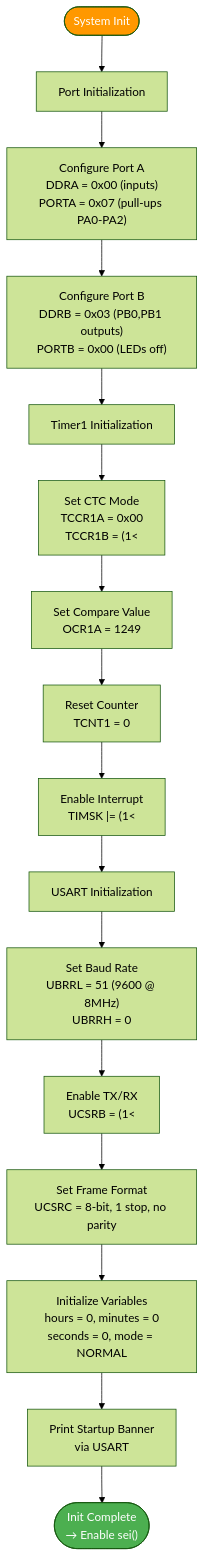
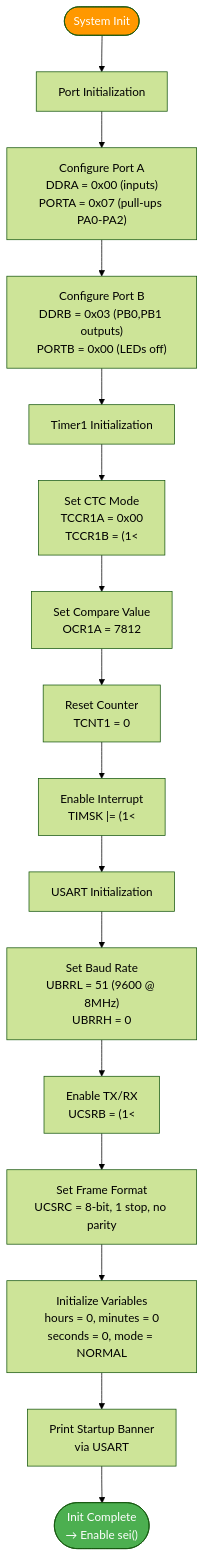
One commit to chikotaraufu-netizen/ATmega32_Timer_Digital_Clock_Scheduler- changed the second of 13 diagrams in documentation/flowchart.md. Above: the diagram before and after it, drawn with Mermaid (forest theme). The commit also changed 14 other files, not shown here.

Commit message:
Full project sync: firmware 1Hz/1024, README matches schematic, all docs consistent

````diff
--- a/documentation/flowchart.md
+++ b/documentation/flowchart.md
@@ -80,24 +80,24 @@
 ```mermaid
 flowchart TD
     START(["System Init"]) --> PORT_INIT["Port Initialization"]
 
     PORT_INIT --> PORTA_CFG["Configure Port A<br/>DDRA = 0x00 (inputs)<br/>PORTA = 0x07 (pull-ups PA0-PA2)"]
     PORTA_CFG --> PORTB_CFG["Configure Port B<br/>DDRB = 0x03 (PB0,PB1 outputs)<br/>PORTB = 0x00 (LEDs off)"]
     PORTB_CFG --> TIMER_INIT["Timer1 Initialization"]
 
-    TIMER_INIT --> T1_CTC["Set CTC Mode<br/>TCCR1A = 0x00<br/>TCCR1B = (1<<WGM12)|(1<<CS11)|(1<<CS10)"]
-    T1_CTC --> T1_OCR["Set Compare Value<br/>OCR1A = 1249"]
+    TIMER_INIT --> T1_CTC["Set CTC Mode<br/>TCCR1A = 0x00<br/>TCCR1B = (1<<WGM12)|(1<<CS12)|(1<<CS10)"]
+    T1_CTC --> T1_OCR["Set Compare Value<br/>OCR1A = 7812"]
     T1_OCR --> T1_CNT["Reset Counter<br/>TCNT1 = 0"]
     T1_CNT --> T1_INT["Enable Interrupt<br/>TIMSK |= (1<<OCIE1A)"]
     T1_INT --> USART_INIT["USART Initialization"]
 
     USART_INIT --> U_BAUD["Set Baud Rate<br/>UBRRL = 51 (9600 @ 8MHz)<br/>UBRRH = 0"]
     U_BAUD --> U_CTRL["Enable TX/RX<br/>UCSRB = (1<<TXEN)|(1<<RXEN)"]
     U_CTRL --> U_FMT["Set Frame Format<br/>UCSRC = 8-bit, 1 stop, no parity"]
     U_FMT --> VARS_INIT["Initialize Variables<br/>hours = 0, minutes = 0<br/>seconds = 0, mode = NORMAL"]
     VARS_INIT --> BANNER["Print Startup Banner<br/>via USART"]
     BANNER --> DONE(["Init Complete<br/>→ Enable sei()"])
 
     style START fill:#ff9800,color:#fff
     style DONE fill:#4caf50,color:#fff
 ```
````
